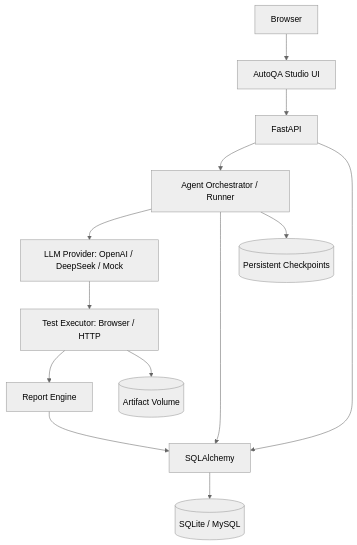
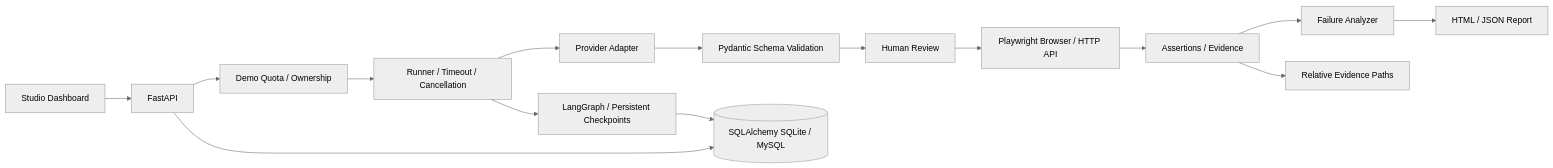
Before and after one commit to jayoffans/AutoQA-Agent: the diagram in README.md, drawn with Mermaid (neutral theme). The commit also changed other lines of this file and 45 other files, not shown here.

Commit message:
feat: prepare AutoQA Studio public demo and production deployment

````diff
--- a/README.md
+++ b/README.md
@@ -216,15 +44,17 @@
 ```mermaid
-flowchart TD
-  B[Browser] --> UI[AutoQA Studio UI]
-  UI --> F[FastAPI]
-  F --> O[Agent Orchestrator / Runner]
-  O --> L[LLM Provider: OpenAI / DeepSeek / Mock]
-  L --> E[Test Executor: Browser / HTTP]
-  E --> R[Report Engine]
-  F --> S[SQLAlchemy]
-  S --> D[(SQLite / MySQL)]
-  O --> S
-  R --> S
-  O --> C[(Persistent Checkpoints)]
-  E --> A[(Artifact Volume)]
+flowchart LR
+  UI[Studio Dashboard] --> API[FastAPI]
+  API --> Guard[Demo Quota / Ownership]
+  Guard --> Runner[Runner / Timeout / Cancellation]
+  Runner --> Planner[Provider Adapter]
+  Planner --> Schema[Pydantic Schema Validation]
+  Schema --> Review[Human Review]
+  Review --> Executor[Playwright Browser / HTTP API]
+  Executor --> Verify[Assertions / Evidence]
+  Verify --> Finding[Failure Analyzer]
+  Finding --> Report[HTML / JSON Report]
+  API --> DB[(SQLAlchemy SQLite / MySQL)]
+  Runner --> Graph[LangGraph / Persistent Checkpoints]
+  Graph --> DB
+  Verify --> Artifacts[Relative Evidence Paths]
 ```
````
